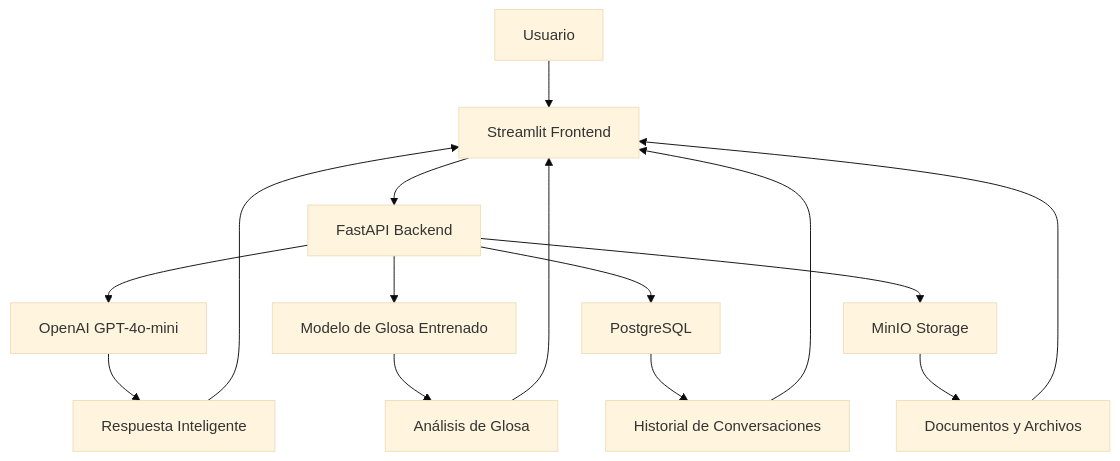
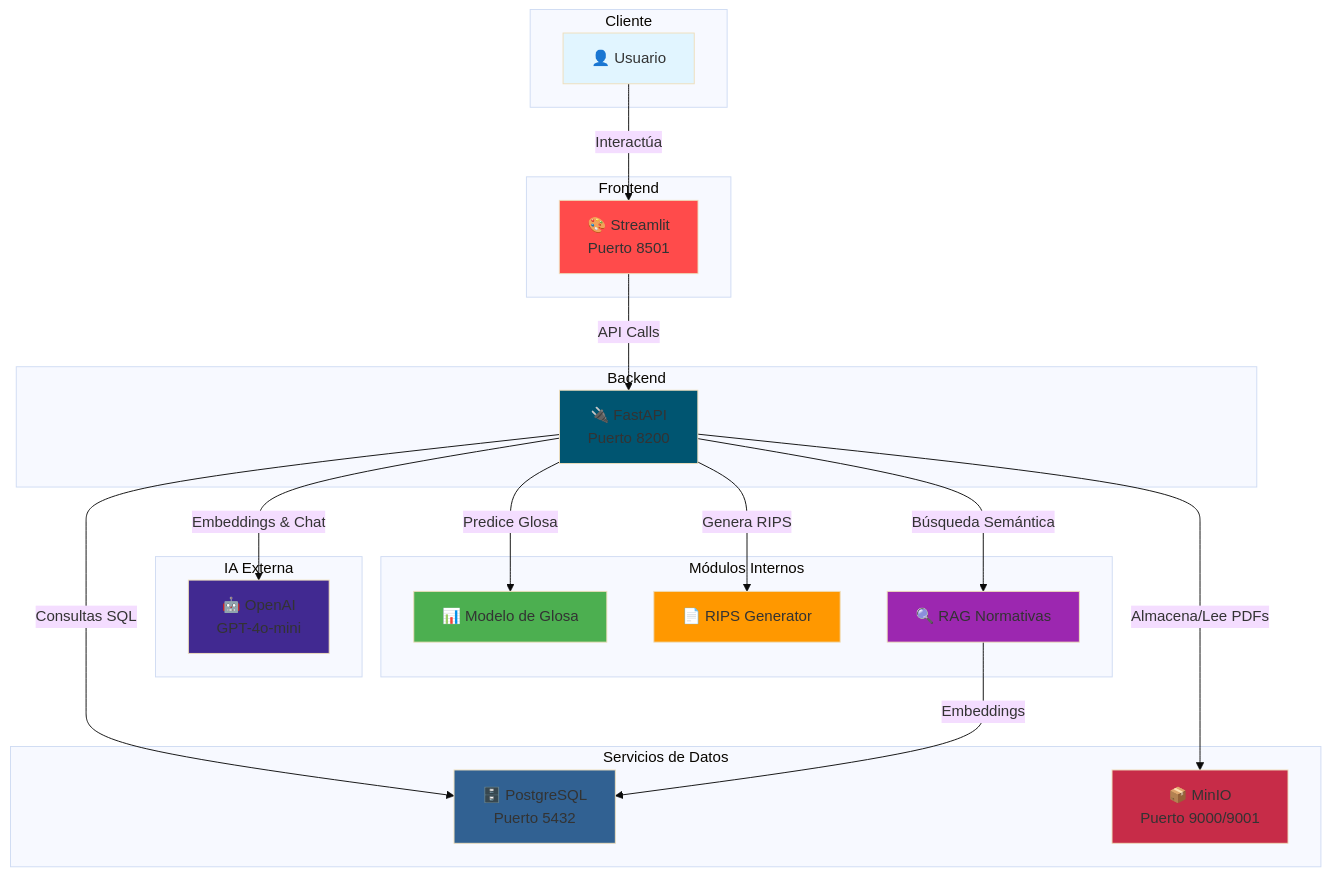
Before and after one commit to YasminGarcia1210/Sistema-Inteligente-de-Auditor-a-: the diagram in chatbot_Ripsy/README.md, drawn with Mermaid (base theme). The commit also changed other lines of this file, not shown here.

````diff
--- a/chatbot_Ripsy/README.md
+++ b/chatbot_Ripsy/README.md
@@ -223,19 +389,49 @@
 ```mermaid
 graph TB
-    A[Usuario] --> B[Streamlit Frontend]
-    B --> C[FastAPI Backend]
-    C --> D[OpenAI GPT-4o-mini]
-    C --> E[Modelo de Glosa Entrenado]
-    C --> F[PostgreSQL]
-    C --> G[MinIO Storage]
+    subgraph "Cliente"
+        A[👤 Usuario]
+    end
     
-    D --> H[Respuesta Inteligente]
-    E --> I[Análisis de Glosa]
-    F --> J[Historial de Conversaciones]
-    G --> K[Documentos y Archivos]
+    subgraph "Frontend"
+        B[🎨 Streamlit<br/>Puerto 8501]
+    end
     
-    H --> B
-    I --> B
-    J --> B
-    K --> B
+    subgraph "Backend"
+        C[🔌 FastAPI<br/>Puerto 8200]
+    end
+    
+    subgraph "Servicios de Datos"
+        D[🗄️ PostgreSQL<br/>Puerto 5432]
+        E[📦 MinIO<br/>Puerto 9000/9001]
+    end
+    
+    subgraph "IA Externa"
+        F[🤖 OpenAI<br/>GPT-4o-mini]
+    end
+    
+    subgraph "Módulos Internos"
+        G[📊 Modelo de Glosa]
+        H[📄 RIPS Generator]
+        I[🔍 RAG Normativas]
+    end
+    
+    A -->|Interactúa| B
+    B -->|API Calls| C
+    C -->|Consultas SQL| D
+    C -->|Almacena/Lee PDFs| E
+    C -->|Embeddings & Chat| F
+    C -->|Predice Glosa| G
+    C -->|Genera RIPS| H
+    C -->|Búsqueda Semántica| I
+    I -->|Embeddings| D
+    
+    style A fill:#e1f5ff
+    style B fill:#ff4b4b
+    style C fill:#005571
+    style D fill:#316192
+    style E fill:#c72c48
+    style F fill:#412991
+    style G fill:#4caf50
+    style H fill:#ff9800
+    style I fill:#9c27b0
 ```
````
